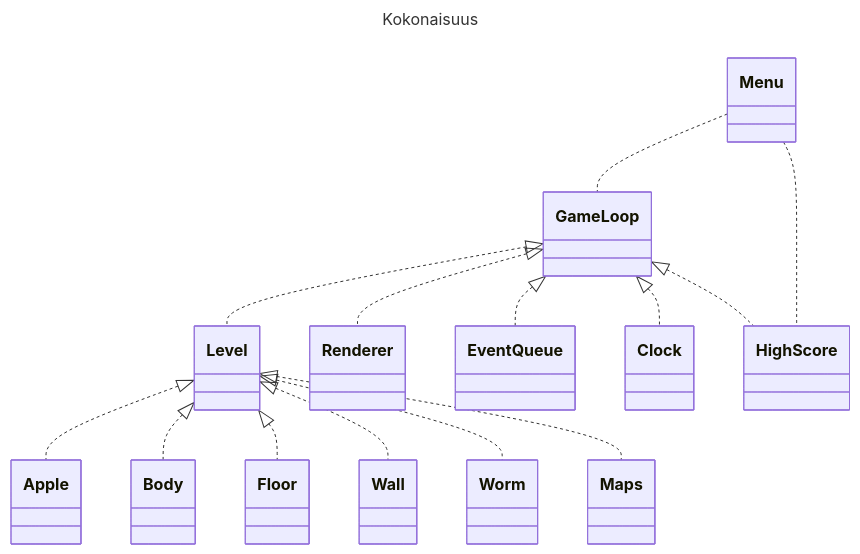
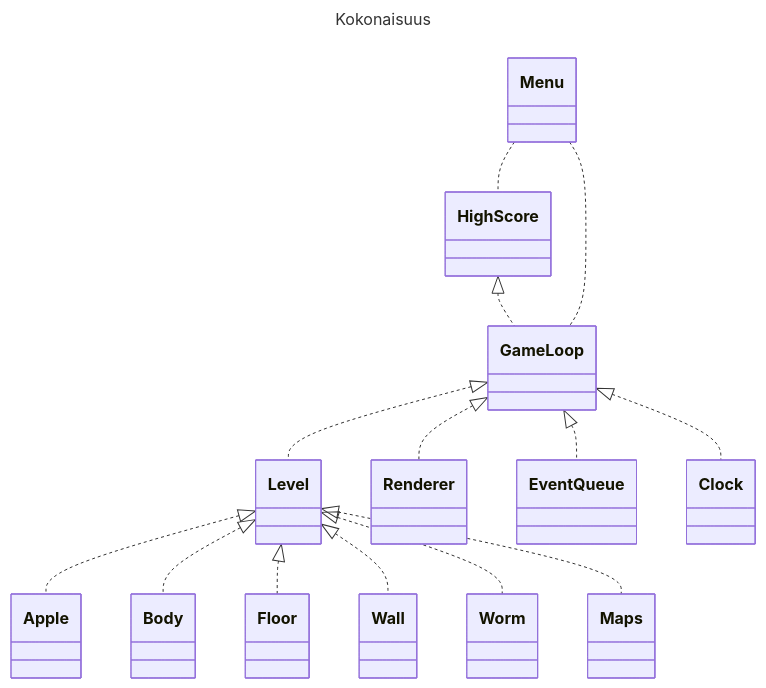
Before and after one commit to VilleJuhan1/ot-harjoitustyo: the diagram in dokumentaatio/arkkitehtuuri.md, drawn with Mermaid.

````diff
--- a/dokumentaatio/arkkitehtuuri.md
+++ b/dokumentaatio/arkkitehtuuri.md
@@ -3,19 +3,19 @@
 ```mermaid
 ---
 title: Kokonaisuus
 ---
 classDiagram
     GameLoop <|.. Level
     GameLoop <|.. Renderer
     GameLoop <|.. EventQueue
     GameLoop <|.. Clock
-    GameLoop <|.. HighScore
+    HighScore <|.. GameLoop
     Level <|.. Apple
     Level <|.. Body
     Level <|.. Floor
     Level <|.. Wall
     Level <|.. Worm
     Level <|.. Maps
     Menu .. GameLoop
     Menu .. HighScore
 ```
````
